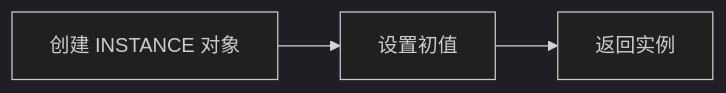
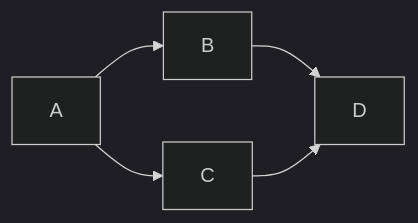
One commit to kekaiyuan/resource changed the diagram in _posts/mysql/2021-07-08-base-infrastructure.md. Above: the diagram before and after it, drawn with Mermaid (dark theme).

Commit message:
修改文件: _posts/mysql/2021-07-08-base-infrastructure.md

````diff
--- a/_posts/mysql/2021-07-08-base-infrastructure.md
+++ b/_posts/mysql/2021-07-08-base-infrastructure.md
@@ -28,4 +28,7 @@
-```mermaid!
-graph LR
-A[创建 INSTANCE 对象]  --> B[设置初值] --> C[返回实例]
-```
+```mermaid! 
+graph LR; 
+A-->B; 
+A-->C; 
+B-->D; 
+C-->D; 
+``` 
````
